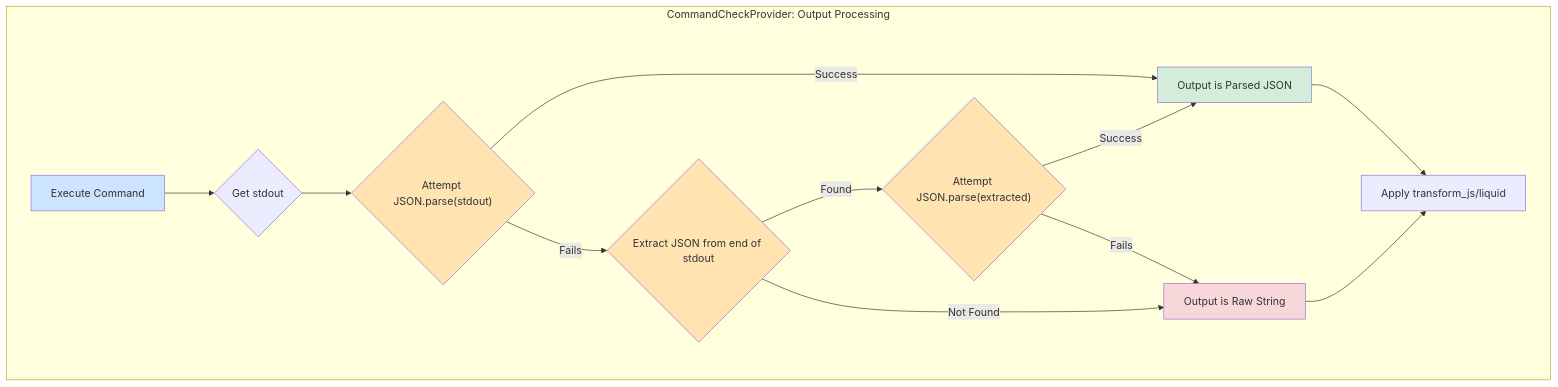
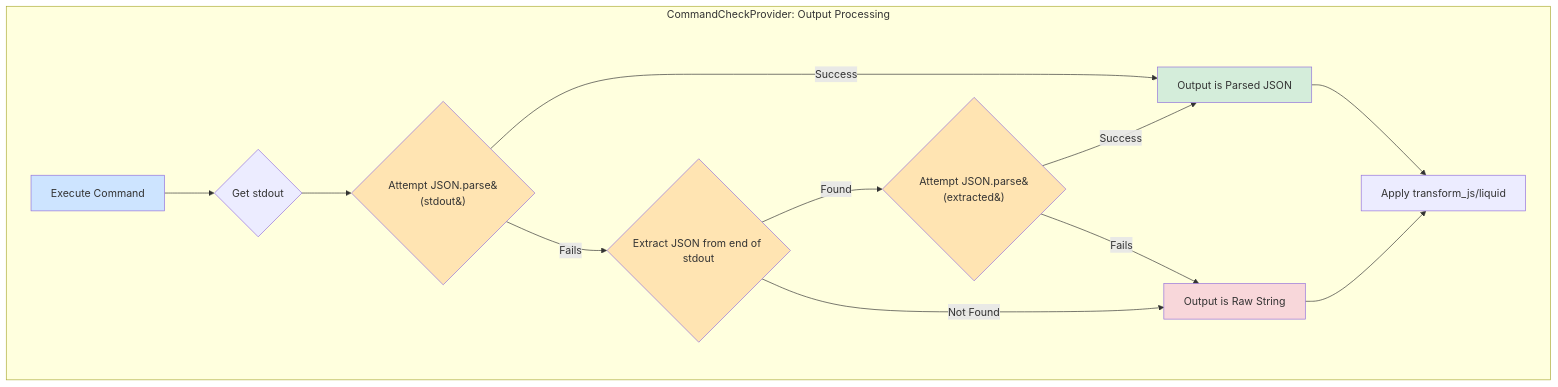
One commit to probelabs/mermaid-lint changed diagram 43 of 44 in test-fixtures/flowchart/INVALID_DIAGRAMS.md. Above: the diagram before and after it, drawn with Mermaid. The commit also changed other lines of this file and 3 other files, not shown here.

Commit message:
previews: regenerate VALID/INVALID pages for all diagram types after flowchart parens-in-unquoted change

````diff
--- a/test-fixtures/flowchart/INVALID_DIAGRAMS.md
+++ b/test-fixtures/flowchart/INVALID_DIAGRAMS.md
@@ -2337,26 +2337,26 @@
 ```mermaid
 flowchart TD
     %% This diagram produces FL-LABEL-PARENS-UNQUOTED errors.
     %% Mermaid does not support unquoted parentheses in labels.
     %% Use --fix to wrap labels with parentheses in quotes.
     subgraph "CommandCheckProvider: Output Processing"
         A[Execute Command] --> B{Get stdout};
-        B --> C{"Attempt JSON.parse(stdout)"};
+        B --> C{Attempt JSON.parse&#40;stdout&#41;};
         C -- Success --> E[Output is Parsed JSON];
         C -- Fails --> D{Extract JSON from end of stdout};
-        D -- Found --> F{"Attempt JSON.parse(extracted)"};
+        D -- Found --> F{Attempt JSON.parse&#40;extracted&#41;};
         D -- Not Found --> G[Output is Raw String];
         F -- Success --> E;
         F -- Fails --> G;
         E --> H[Apply transform_js/liquid];
         G --> H;
     end
 
     style A fill:#cde4ff
     style C fill:#ffe4b2
     style D fill:#ffe4b2
     style F fill:#ffe4b2
     style E fill:#d4edda
     style G fill:#f8d7da
 
 ```
````
